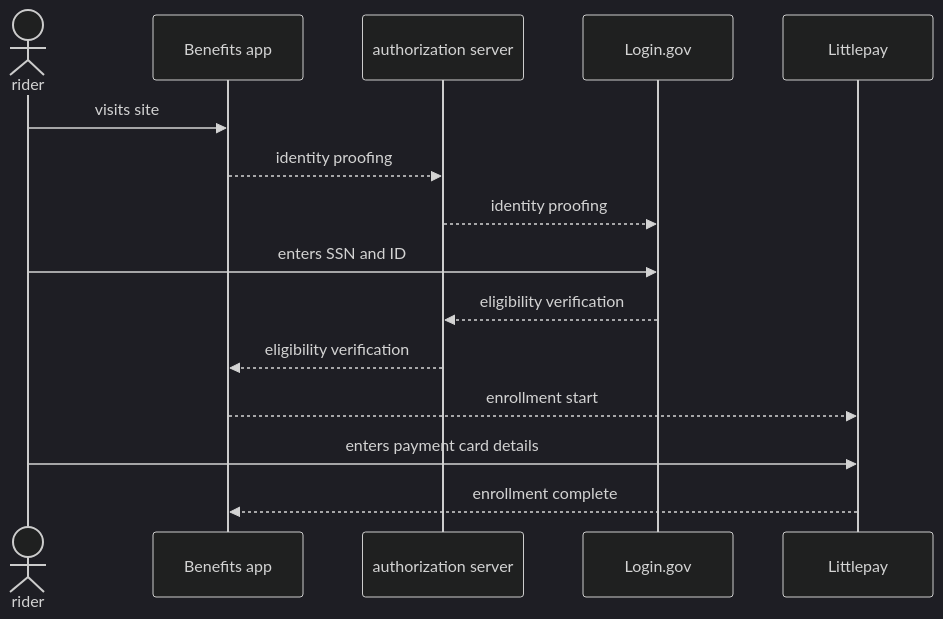
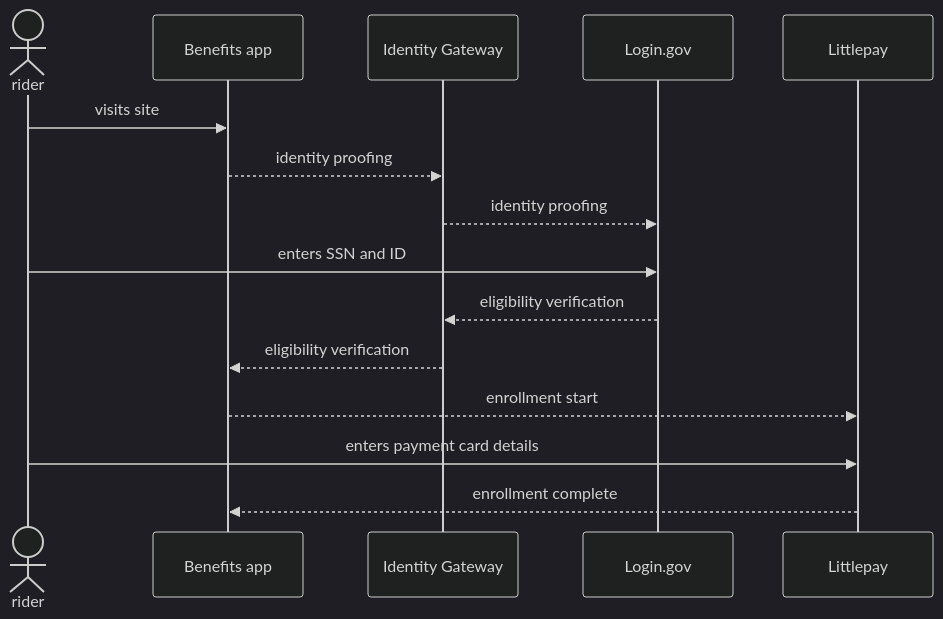
One commit to cal-itp/benefits changed the diagram in docs/README.md. Above: the diagram before and after it, drawn with Mermaid (dark theme). The commit also changed other lines of this file and 2 other files, not shown here.

Commit message:
chore(docs): update references to "Identity Gatway"
…from "authorization server".

````diff
--- a/docs/README.md
+++ b/docs/README.md
@@ -41,18 +41,18 @@
 ```mermaid
 sequenceDiagram
     actor rider
     participant Benefits as Benefits app
-    participant auth as authorization server
+    participant IG as Identity Gateway
     participant Login.gov
     participant Littlepay
 
     rider->>Benefits: visits site
-    Benefits-->>auth: identity proofing
-    auth-->>Login.gov: identity proofing
+    Benefits-->>IG: identity proofing
+    IG-->>Login.gov: identity proofing
     rider->>Login.gov: enters SSN and ID
-    Login.gov-->>auth: eligibility verification
-    auth-->>Benefits: eligibility verification
+    Login.gov-->>IG: eligibility verification
+    IG-->>Benefits: eligibility verification
     Benefits-->>Littlepay: enrollment start
     rider->>Littlepay: enters payment card details
     Littlepay-->>Benefits: enrollment complete
 ```
````
